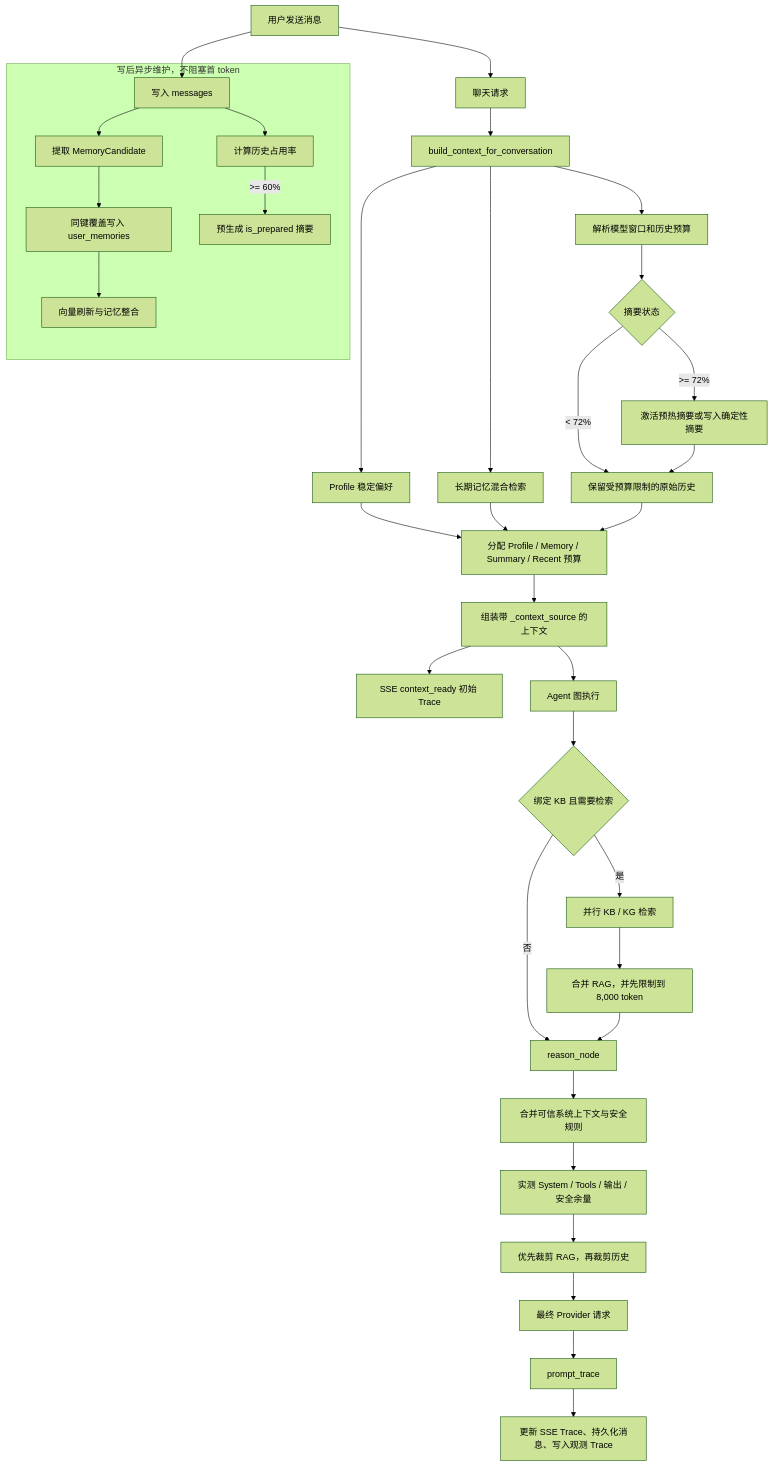
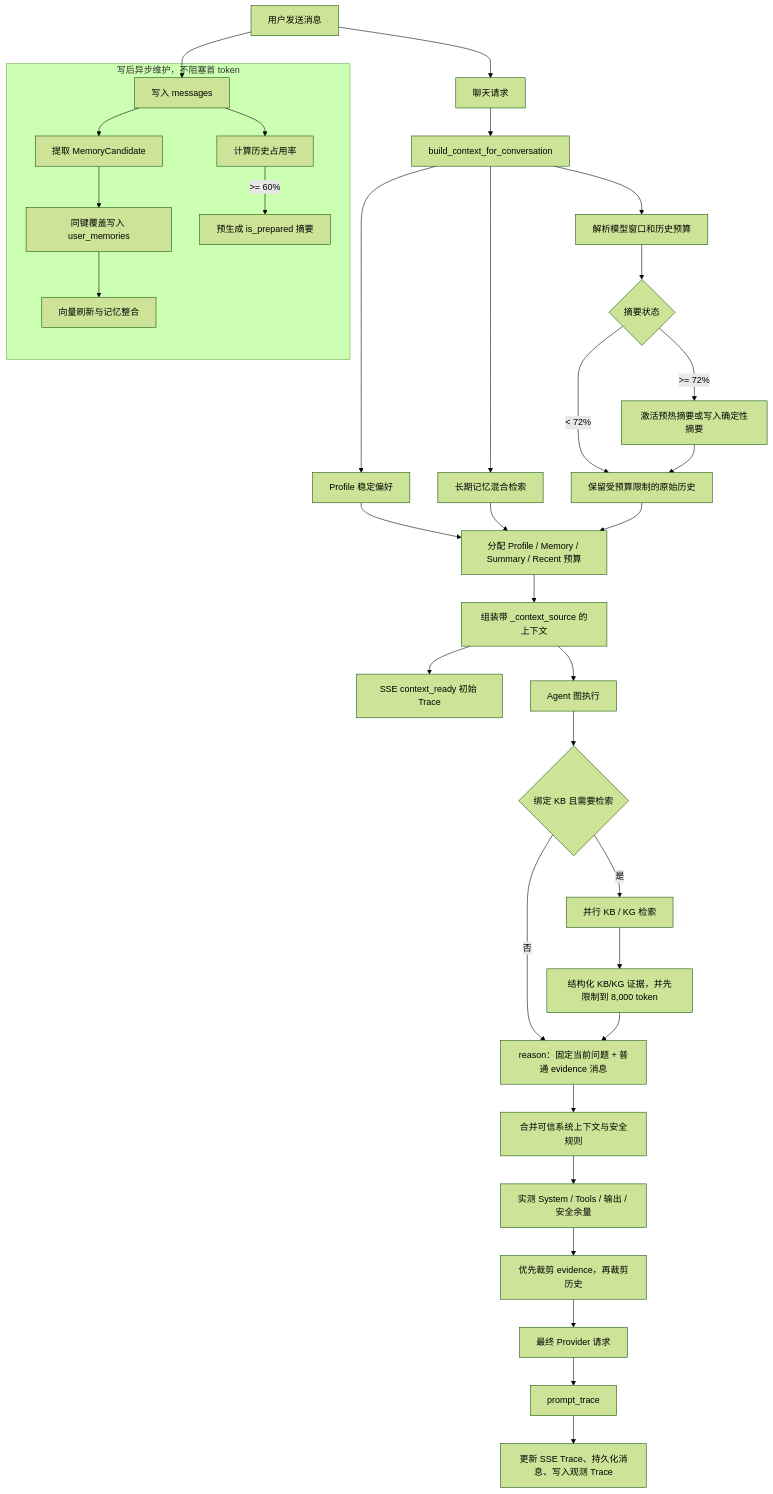
One commit to Lin00yi/Agenora changed the diagram in docs/context-engineering.md. Above: the diagram before and after it, drawn with Mermaid (forest theme). The commit also changed other lines of this file and 17 other files, not shown here.

````diff
--- a/docs/context-engineering.md
+++ b/docs/context-engineering.md
@@ -18,40 +18,40 @@
 ```mermaid
 flowchart TD
     U["用户发送消息"] --> W["写入 messages"]
 
     subgraph async["写后异步维护，不阻塞首 token"]
         W --> MC["提取 MemoryCandidate"]
         MC --> MW["同键覆盖写入 user_memories"]
         MW --> ME["向量刷新与记忆整合"]
         W --> SP["计算历史占用率"]
         SP -->|">= 60%"| PS["预生成 is_prepared 摘要"]
     end
 
     U --> CR["聊天请求"]
     CR --> CB["build_context_for_conversation"]
     CB --> BW["解析模型窗口和历史预算"]
     BW --> SS{"摘要状态"}
     SS -->|"< 72%"| RH["保留受预算限制的原始历史"]
     SS -->|">= 72%"| SA["激活预热摘要或写入确定性摘要"]
     SA --> RH
     CB --> PF["Profile 稳定偏好"]
     CB --> MR["长期记忆混合检索"]
     PF --> BA["分配 Profile / Memory / Summary / Recent 预算"]
     MR --> BA
     RH --> BA
     BA --> CP["组装带 _context_source 的上下文"]
     CP --> CE["SSE context_ready 初始 Trace"]
 
     CP --> AG["Agent 图执行"]
     AG --> KG{"绑定 KB 且需要检索"}
     KG -->|"是"| KS["并行 KB / KG 检索"]
-    KS --> RB["合并 RAG，并先限制到 8,000 token"]
+    KS --> RB["结构化 KB/KG 证据，并先限制到 8,000 token"]
     KG -->|"否"| RN["reason_node"]
-    RB --> RN
+    RB --> RN["reason：固定当前问题 + 普通 evidence 消息"]
     RN --> BP["合并可信系统上下文与安全规则"]
     BP --> FP["实测 System / Tools / 输出 / 安全余量"]
-    FP --> RC["优先裁剪 RAG，再裁剪历史"]
+    FP --> RC["优先裁剪 evidence，再裁剪历史"]
     RC --> PR["最终 Provider 请求"]
     PR --> PT["prompt_trace"]
     PT --> CE2["更新 SSE Trace、持久化消息、写入观测 Trace"]
 ```
````
